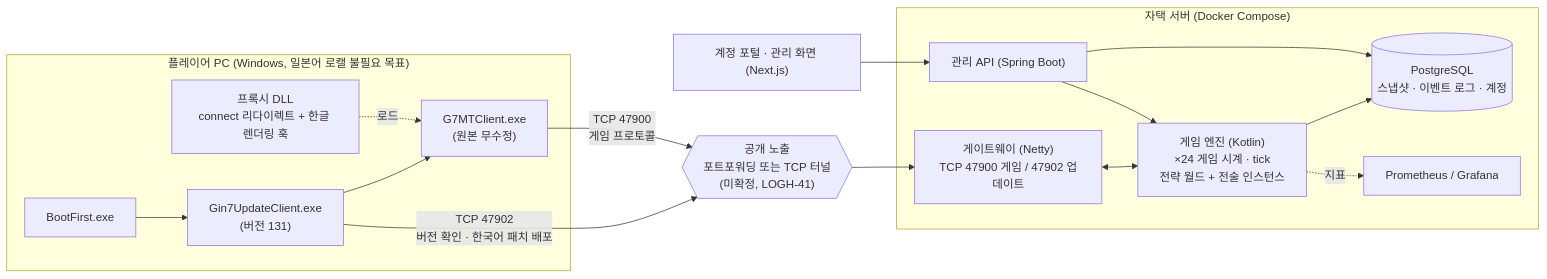
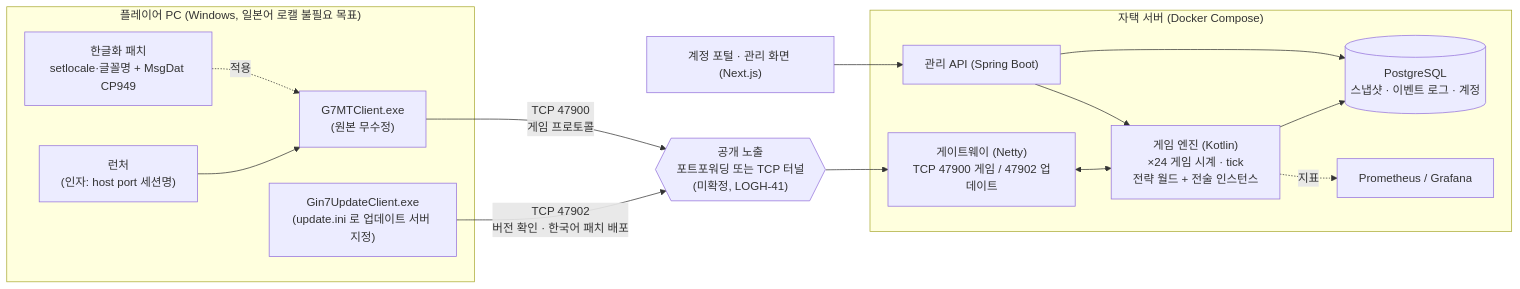
Before and after one commit to peppone-choi/logh7: the first of 2 diagrams in docs/ops/architecture.md, drawn with Mermaid. The commit also changed other lines of this file and 8 other files, not shown here.

````diff
--- a/docs/ops/architecture.md
+++ b/docs/ops/architecture.md
@@ -12,26 +12,27 @@
 ```mermaid
 flowchart LR
   subgraph Player["플레이어 PC (Windows, 일본어 로캘 불필요 목표)"]
-    BF["BootFirst.exe"] --> UPD["Gin7UpdateClient.exe<br/>(버전 131)"]
-    UPD --> CL["G7MTClient.exe<br/>(원본 무수정)"]
-    DLL["프록시 DLL<br/>connect 리다이렉트 + 한글 렌더링 훅"] -. 로드 .-> CL
+    LA["런처<br/>(인자: host port 세션명)"] --> CL
+    CL["G7MTClient.exe<br/>(원본 무수정)"]
+    UPD["Gin7UpdateClient.exe<br/>(update.ini 로 업데이트 서버 지정)"]
+    PATCH["한글화 패치<br/>setlocale·글꼴명 + MsgDat CP949"] -. 적용 .-> CL
   end
 
   subgraph Home["자택 서버 (Docker Compose)"]
     GW["게이트웨이 (Netty)<br/>TCP 47900 게임 / 47902 업데이트"]
     ENG["게임 엔진 (Kotlin)<br/>×24 게임 시계 · tick<br/>전략 월드 + 전술 인스턴스"]
     ADM["관리 API (Spring Boot)"]
     PG[("PostgreSQL<br/>스냅샷 · 이벤트 로그 · 계정")]
     MON["Prometheus / Grafana"]
     GW <--> ENG
     ENG --> PG
     ADM --> ENG
     ADM --> PG
     ENG -. 지표 .-> MON
   end
 
   WEB["계정 포털 · 관리 화면 (Next.js)"] --> ADM
   UPD -- "TCP 47902<br/>버전 확인 · 한국어 패치 배포" --> EXPOSE
   CL -- "TCP 47900<br/>게임 프로토콜" --> EXPOSE
   EXPOSE{{"공개 노출<br/>포트포워딩 또는 TCP 터널<br/>(미확정, LOGH-41)"}} --> GW
 ```
````
